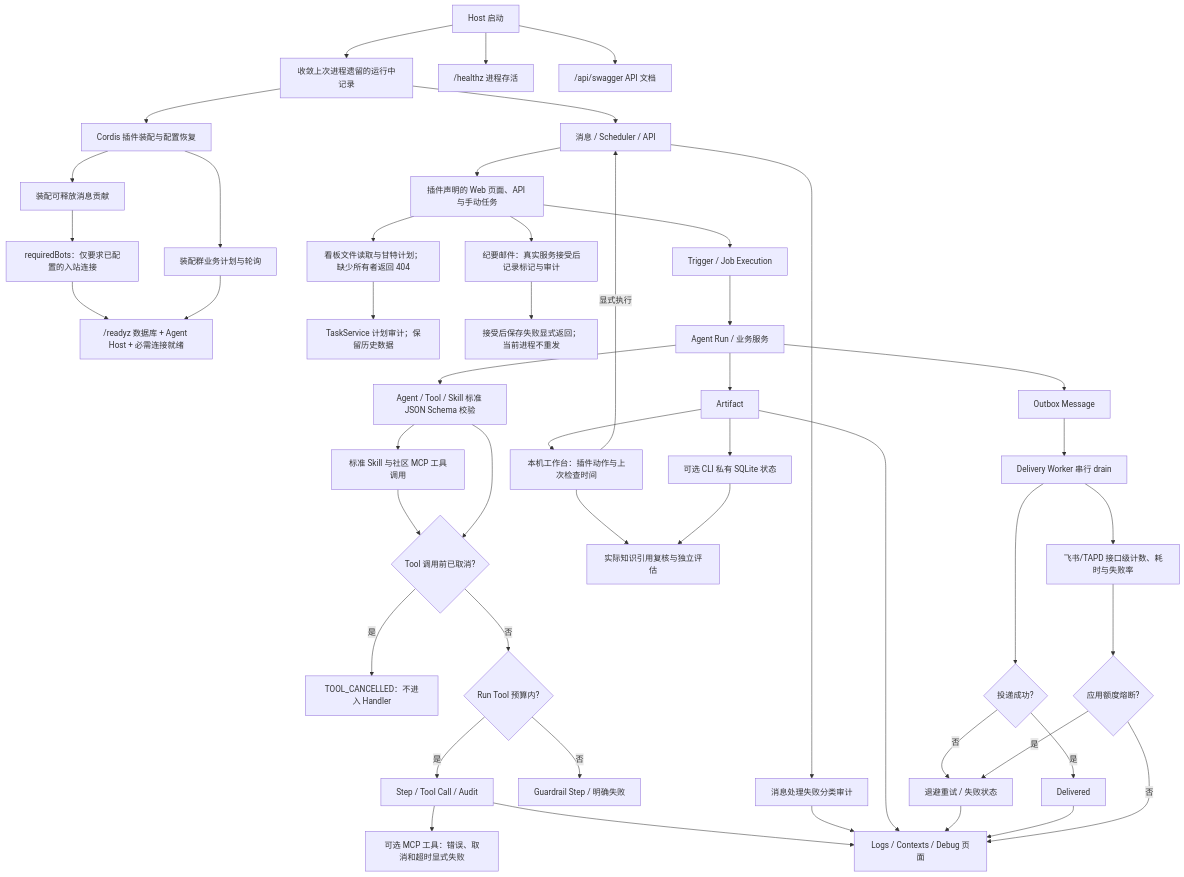
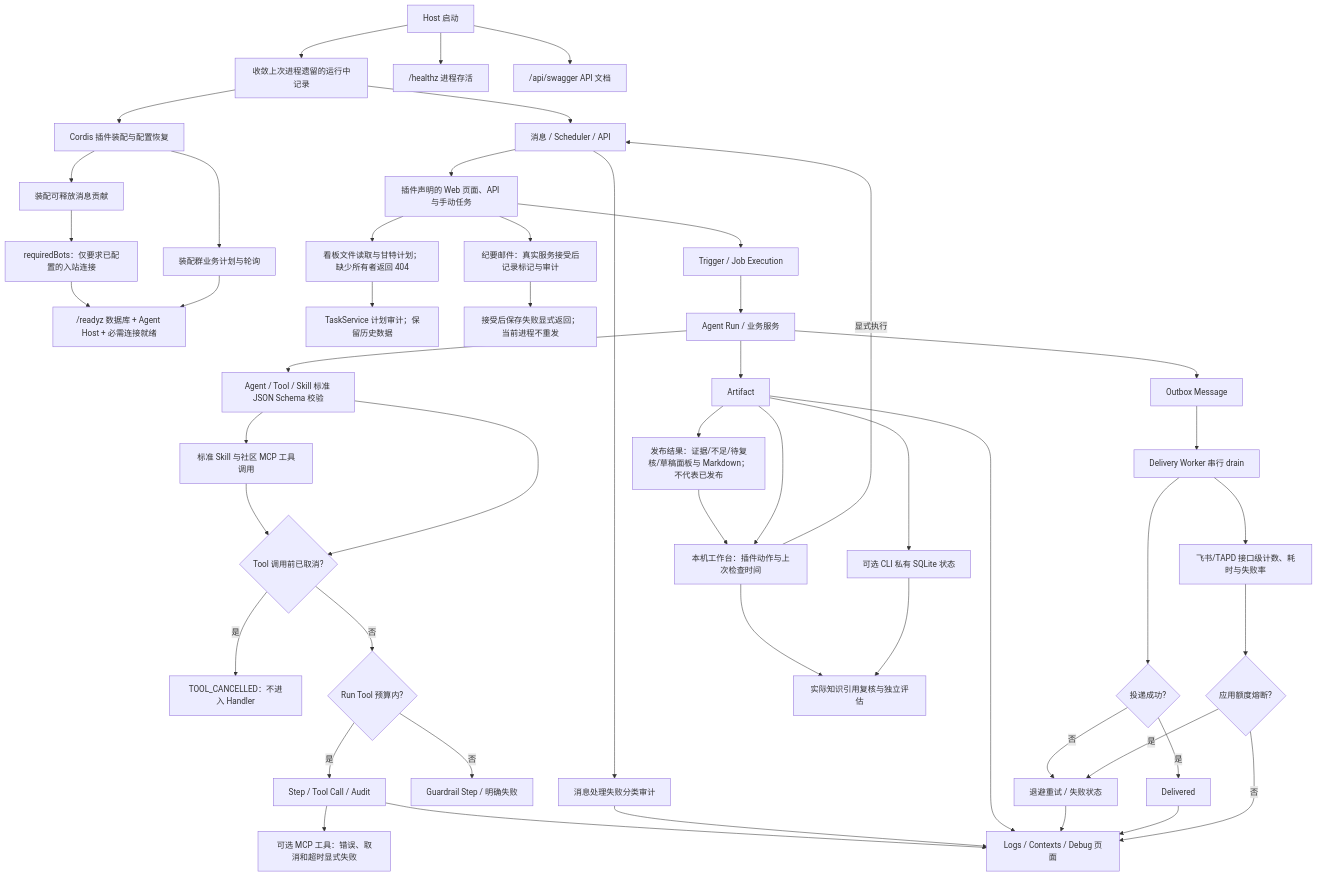
The diagram in backend/src/platform/runtime/FEATURE.md (KlayPeter/AI-Delivery-Ops-Agent), drawn with Mermaid before and after one commit. The commit also changed other lines of this file and 22 other files, not shown here.

````diff
--- a/backend/src/platform/runtime/FEATURE.md
+++ b/backend/src/platform/runtime/FEATURE.md
@@ -21,50 +21,52 @@
 ```mermaid
 flowchart TD
     R["Host 启动"] --> S["收敛上次进程遗留的运行中记录"]
     R --> Q["/healthz 进程存活"]
     R --> OAPI["/api/swagger API 文档"]
     S --> P["Cordis 插件装配与配置恢复"]
     P --> MR["装配可释放消息贡献"]
     MR --> BC["requiredBots：仅要求已配置的入站连接"]
     BC --> Z["/readyz 数据库 + Agent Host + 必需连接就绪"]
     P --> SJ[装配群业务计划与轮询]
     SJ --> Z
     S --> A["消息 / Scheduler / API"]
     A --> WOWN[插件声明的 Web 页面、API 与手动任务]
     WOWN --> PV[看板文件读取与甘特计划；缺少所有者返回 404]
     PV --> PA[TaskService 计划审计；保留历史数据]
     WOWN --> EMAIL[纪要邮件：真实服务接受后记录标记与审计]
     EMAIL --> UNCERTAIN[接受后保存失败显式返回；当前进程不重发]
     WOWN --> B["Trigger / Job Execution"]
     B --> C["Agent Run / 业务服务"]
     C --> SC[Agent / Tool / Skill 标准 JSON Schema 校验]
     SC --> C7[标准 Skill 与社区 MCP 工具调用]
     C7 --> TC
     SC --> TC{"Tool 调用前已取消?"}
     D --> MCP[可选 MCP 工具：错误、取消和超时显式失败]
     TC -- 是 --> TR["TOOL_CANCELLED：不进入 Handler"]
     TC -- 否 --> L{"Run Tool 预算内?"}
     L -- 是 --> D["Step / Tool Call / Audit"]
     L -- 否 --> M["Guardrail Step / 明确失败"]
     C --> E["Artifact"]
     C --> F["Outbox Message"]
     F --> G["Delivery Worker 串行 drain"]
     G --> H{"投递成功?"}
     H -- 否 --> I["退避重试 / 失败状态"]
     H -- 是 --> J["Delivered"]
     D --> K["Logs / Contexts / Debug 页面"]
     A --> X["消息处理失败分类审计"]
     X --> K
+    E --> RELEASE[发布结果：证据/不足/待复核/草稿面板与 Markdown；不代表已发布]
+    RELEASE --> WA
     E --> WA[本机工作台：插件动作与上次检查时间]
     WA -- 显式执行 --> A
     WA --> IC
     E --> KS[可选 CLI 私有 SQLite 状态]
     KS --> IC[实际知识引用复核与独立评估]
     E --> K
     I --> K
     J --> K
     G --> Y["飞书/TAPD 接口级计数、耗时与失败率"]
     Y --> Z1{"应用额度熔断?"}
     Z1 -- "是" --> I
     Z1 -- "否" --> K
 ```
````
